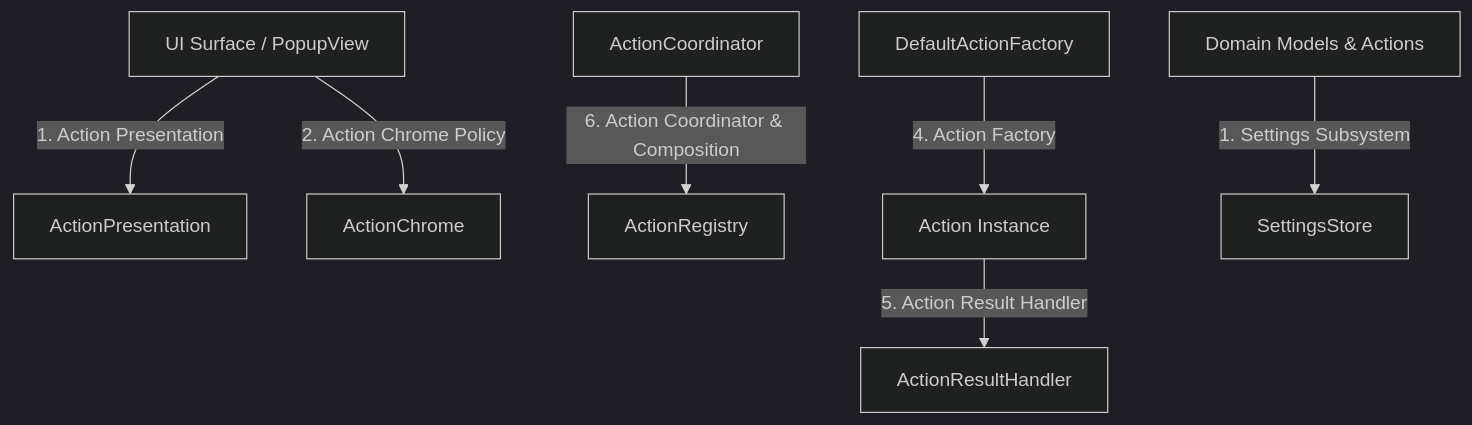
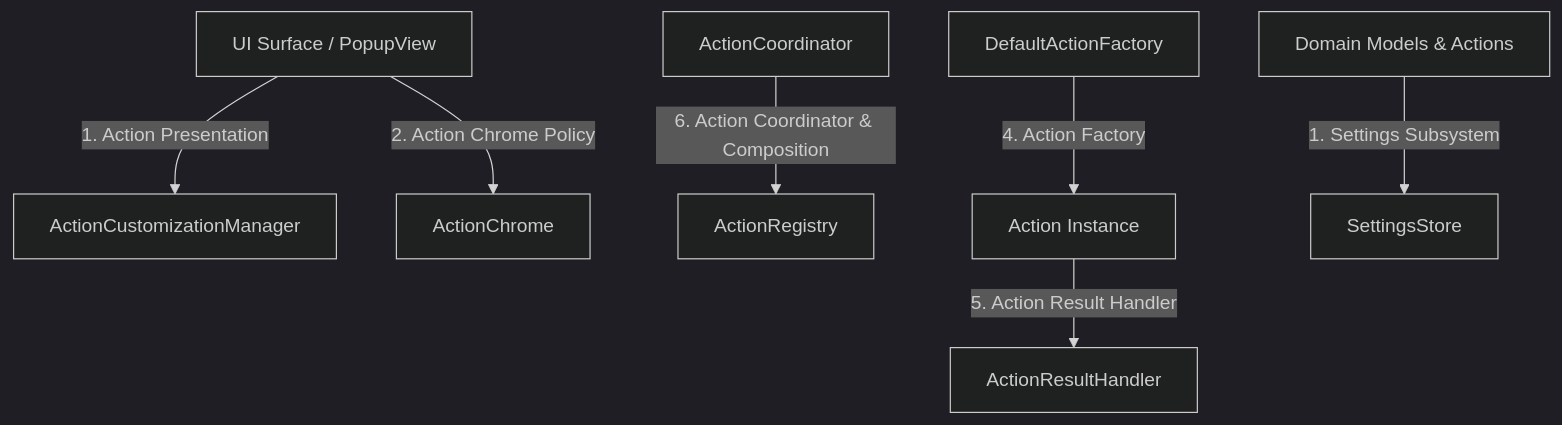
Before and after one commit to ganeshmshetty/openclip: the diagram in docs/architecture/overview.md, drawn with Mermaid (dark theme). The commit also changed other lines of this file and 26 other files, not shown here.

````diff
--- a/docs/architecture/overview.md
+++ b/docs/architecture/overview.md
@@ -42,9 +42,9 @@
 ```mermaid
 graph TD
- UI[UI Surface / PopupView] -->|1. Action Presentation| AP[ActionPresentation]
+ UI[UI Surface / PopupView] -->|1. Action Presentation| ACM[ActionCustomizationManager]
  UI -->|2. Action Chrome Policy| AC[ActionChrome]
  ACoord[ActionCoordinator] -->|6. Action Coordinator & Composition| AR[ActionRegistry]
  AF[DefaultActionFactory] -->|4. Action Factory| Action[Action Instance]
  Action -->|5. Action Result Handler| ARH[ActionResultHandler]
  Core[Domain Models & Actions] -->|1. Settings Subsystem| SS[SettingsStore]
 ```
````
